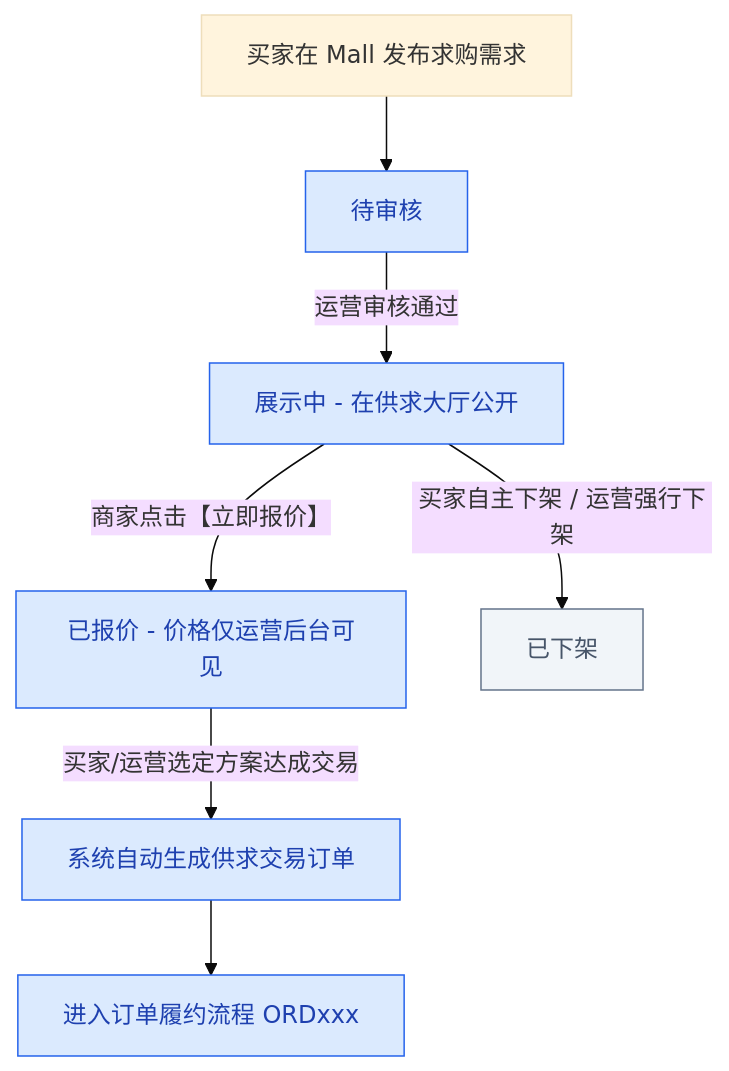
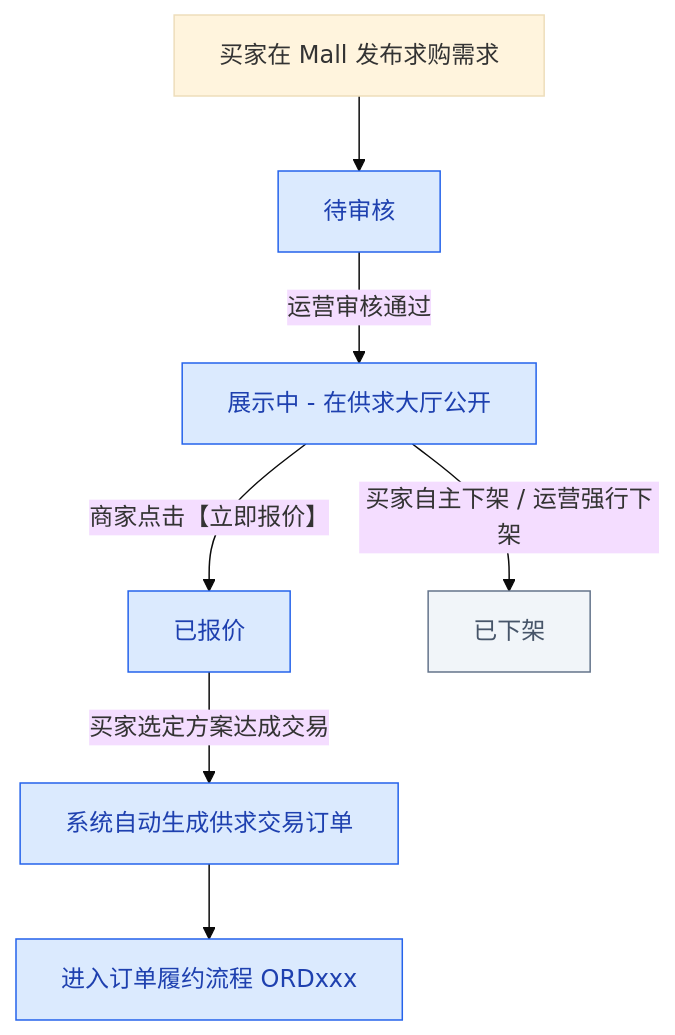
The fifth of 5 diagrams in Summary/字段表整理文档_完整版.md (barry0-0/sahngliu), drawn with Mermaid (base theme) before and after one commit. The commit also changed other lines of this file and 11 other files, not shown here.

````diff
--- a/Summary/字段表整理文档_完整版.md
+++ b/Summary/字段表整理文档_完整版.md
@@ -543,14 +543,22 @@
 ```mermaid
-graph TB
-    A[买家在 Mall 发布求购需求] --> B[待审核]
-    B -->|运营审核通过| C[展示中 - 在供求大厅公开]
-    C -->|商家点击【立即报价】| D[已报价 - 价格仅运营后台可见]
-    D -->|买家/运营选定方案达成交易| E[系统自动生成供求交易订单]
-    C -->|买家自主下架 / 运营强行下架| F[已下架]
-    E --> G[进入订单履约流程 ORDxxx]
+flowchart TB
+    A["买家在 Mall 发布求购需求"]
+    B["待审核"]
+    C["展示中 - 在供求大厅公开"]
+    D["已报价"]
+    E["系统自动生成供求交易订单"]
+    F["已下架"]
+    G["进入订单履约流程 ORDxxx"]
+    A --> B
+    B -->|"运营审核通过"| C
+    C -->|"商家点击【立即报价】"| D
+    D -->|"买家选定方案达成交易"| E
+    C -->|"买家自主下架 / 运营强行下架"| F
+    E --> G
     classDef state fill:#dbeafe,stroke:#2563eb,color:#1e40af
     classDef judge fill:#fef3c7,stroke:#d97706,color:#92400e
     classDef endState fill:#f1f5f9,stroke:#64748b,color:#475569
     class B,C,D,E,G state
     class F endState
+    %% mermaid-flow:pos A=205,82 B=205,176 C=205,270 D=310,364 E=310,458 F=100,364 G=310,552
 ```
````
